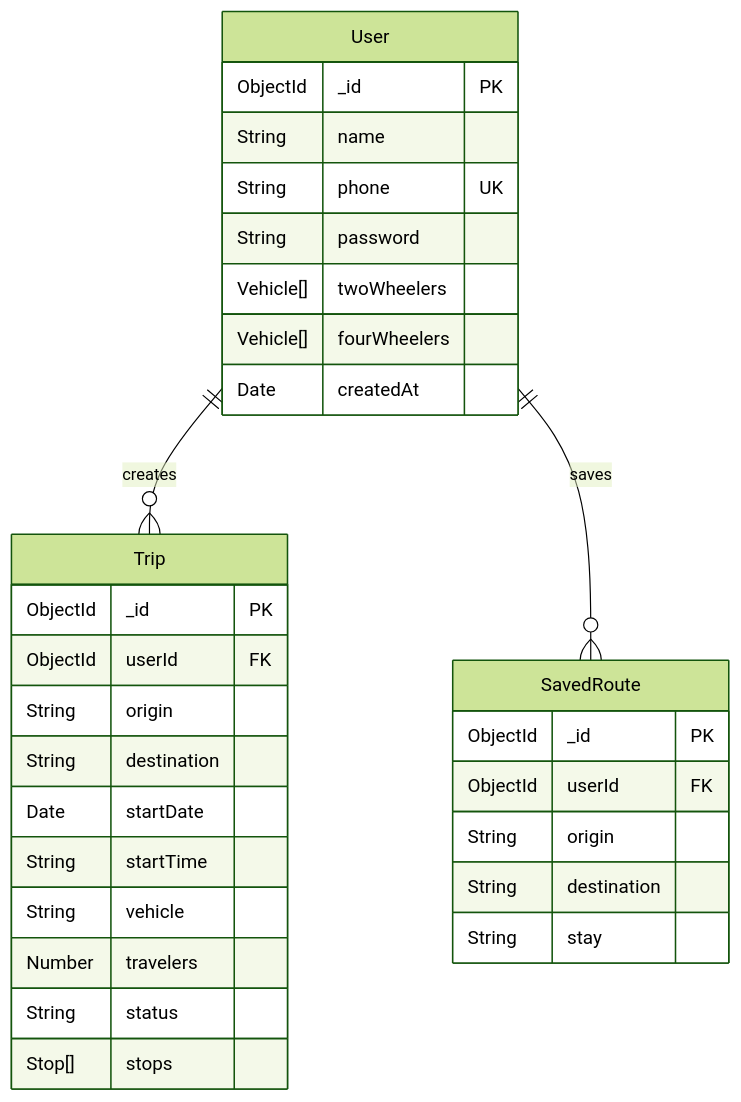
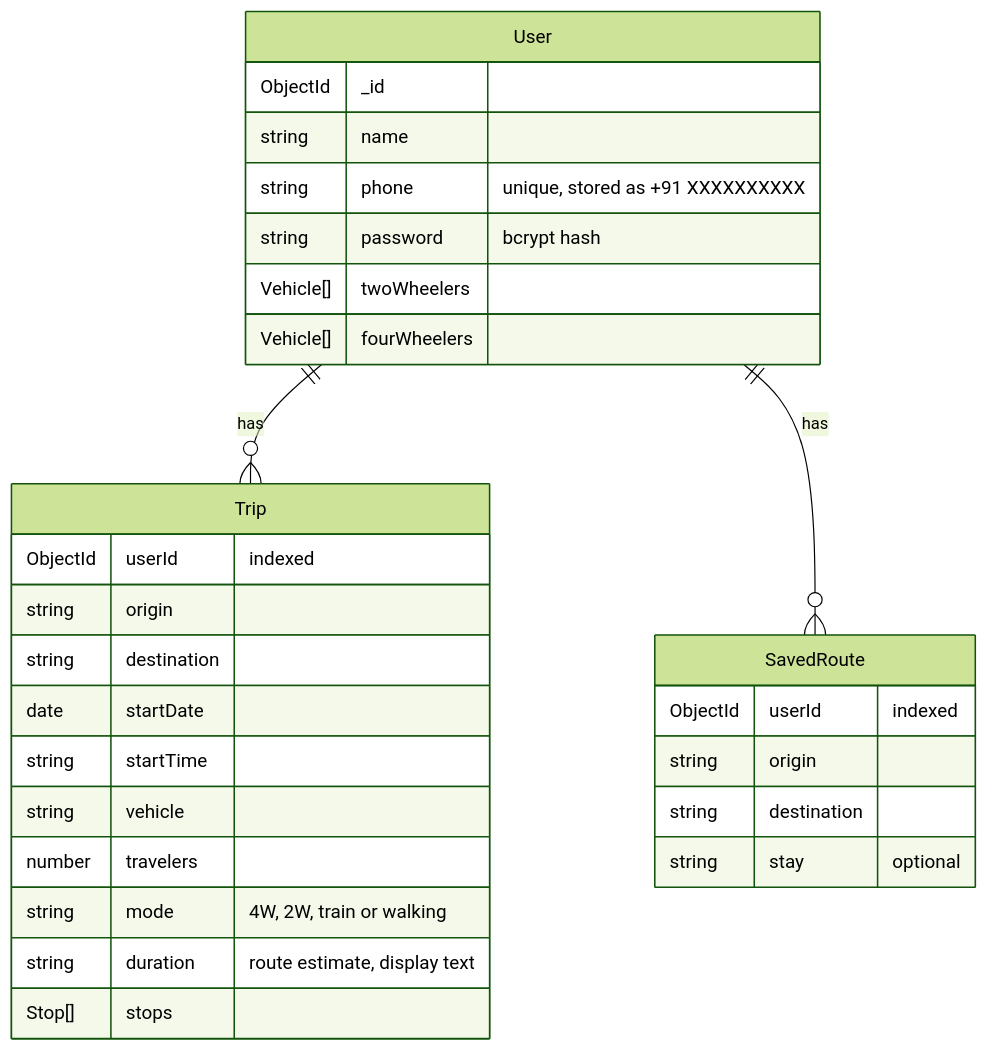
One commit to pushpam2404/Trip-Sync changed the first of 2 diagrams in docs/SYSTEM_ARCHITECTURE.md. Above: the diagram before and after it, drawn with Mermaid (forest theme). The commit also changed other lines of this file and 10 other files, not shown here.

````diff
--- a/docs/SYSTEM_ARCHITECTURE.md
+++ b/docs/SYSTEM_ARCHITECTURE.md
@@ -72,36 +70,31 @@
 ```mermaid
 erDiagram
+    User ||--o{ Trip : has
+    User ||--o{ SavedRoute : has
     User {
-        ObjectId _id PK
-        String name
-        String phone UK
-        String password
+        ObjectId _id
+        string name
+        string phone "unique, stored as +91 XXXXXXXXXX"
+        string password "bcrypt hash"
         Vehicle[] twoWheelers
         Vehicle[] fourWheelers
-        Date createdAt
     }
-
     Trip {
-        ObjectId _id PK
-        ObjectId userId FK
-        String origin
-        String destination
-        Date startDate
-        String startTime
-        String vehicle
-        Number travelers
-        String status
+        ObjectId userId "indexed"
+        string origin
+        string destination
+        date startDate
+        string startTime
+        string vehicle
+        number travelers
+        string mode "4W, 2W, train or walking"
+        string duration "route estimate, display text"
         Stop[] stops
     }
-
     SavedRoute {
-        ObjectId _id PK
-        ObjectId userId FK
-        String origin
-        String destination
-        String stay
+        ObjectId userId "indexed"
+        string origin
+        string destination
+        string stay "optional"
     }
-
-    User ||--o{ Trip : creates
-    User ||--o{ SavedRoute : saves
 ```
````
